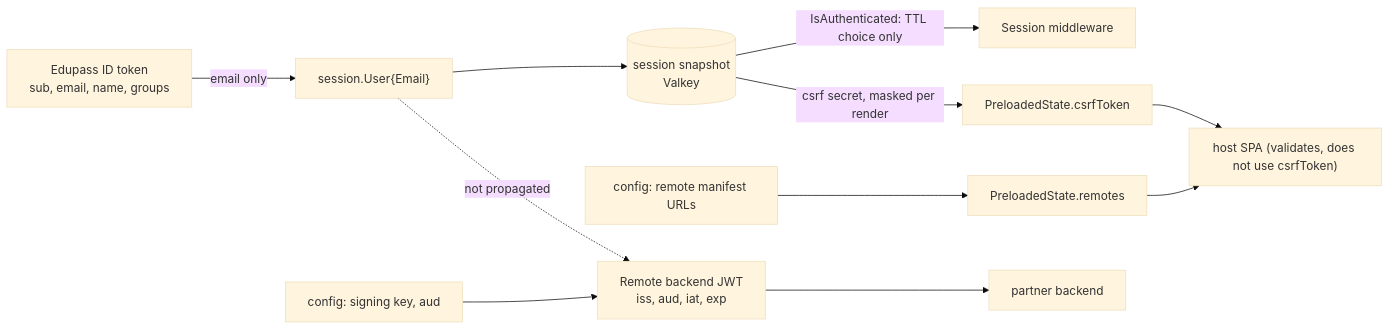
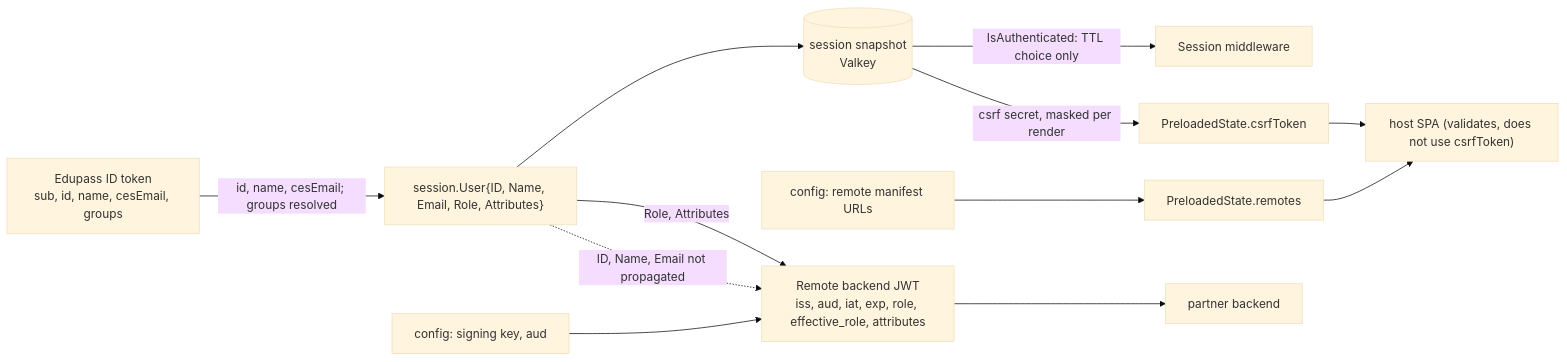
One commit to fatin-suhaimi/teacher-workspace changed the second of 2 diagrams in docs/engineering-onboarding/06-data-model.md. Above: the diagram before and after it, drawn with Mermaid (base theme). The commit also changed other lines of this file and 25 other files, not shown here.

````diff
--- a/docs/engineering-onboarding/06-data-model.md
+++ b/docs/engineering-onboarding/06-data-model.md
@@ -127,13 +139,14 @@
 ```mermaid
 flowchart LR
-    E["Edupass ID token<br/>sub, email, name, groups"] -- "email only" --> U["session.User{Email}"]
+    E["Edupass ID token<br/>sub, id, name, cesEmail, groups"] -- "id, name, cesEmail; groups resolved" --> U["session.User{ID, Name, Email, Role, Attributes}"]
     U --> SS[("session snapshot<br/>Valkey")]
     SS -- "IsAuthenticated: TTL choice only" --> MW["Session middleware"]
     SS -- "csrf secret, masked per render" --> PS["PreloadedState.csrfToken"]
     CFG["config: remote manifest URLs"] --> PS2["PreloadedState.remotes"]
     PS --> HOST["host SPA (validates, does not use csrfToken)"]
     PS2 --> HOST
-    CFG2["config: signing key, aud"] --> JWT["Remote backend JWT<br/>iss, aud, iat, exp"]
+    CFG2["config: signing key, aud"] --> JWT["Remote backend JWT<br/>iss, aud, iat, exp, role, effective_role, attributes"]
     JWT --> BE["partner backend"]
-    U -. "not propagated" .-> JWT
+    U -- "Role, Attributes" --> JWT
+    U -. "ID, Name, Email not propagated" .-> JWT
 ```
````
